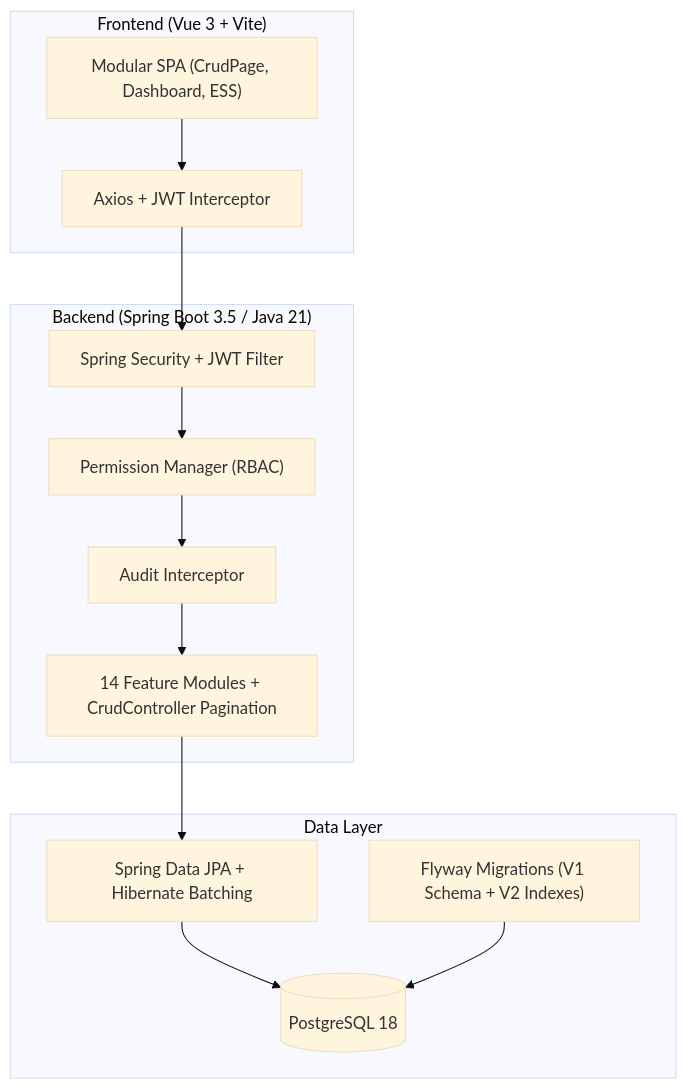
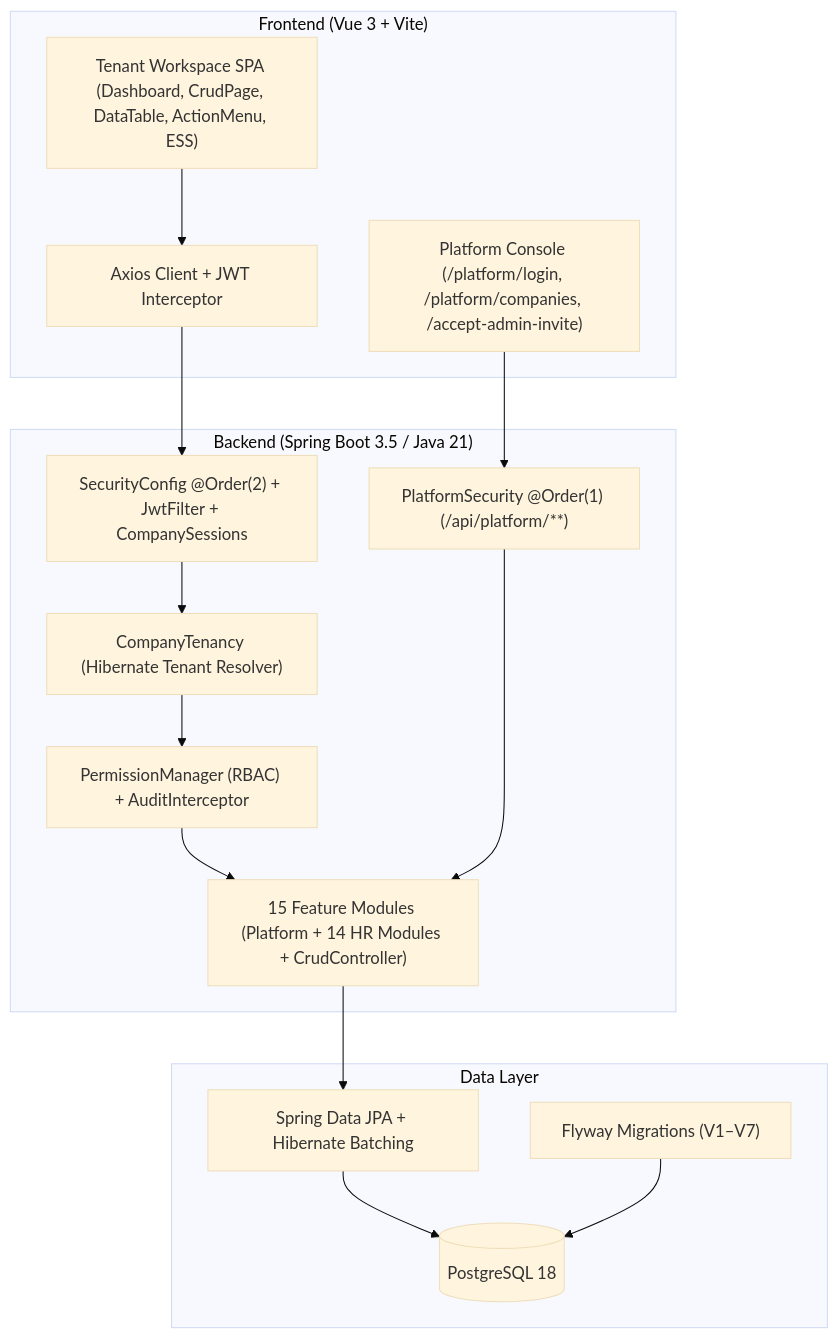
The diagram in README.md (Logavasu-A/HR), drawn with Mermaid (base theme) before and after one commit. The commit also changed other lines of this file and 255 other files, not shown here.

Commit message:
feat: initialize spring boot backend with core hrms modules and multi-tenancy support

````diff
--- a/README.md
+++ b/README.md
@@ -33,23 +39,26 @@
 ```mermaid
 flowchart TD
     subgraph Client ["Frontend (Vue 3 + Vite)"]
-        SPA["Modular SPA (CrudPage, Dashboard, ESS)"]
-        AX["Axios + JWT Interceptor"]
+        SPA["Tenant Workspace SPA (Dashboard, CrudPage, DataTable, ActionMenu, ESS)"]
+        PLAT_UI["Platform Console (/platform/login, /platform/companies, /accept-admin-invite)"]
+        AX["Axios Client + JWT Interceptor"]
     end
 
     subgraph Server ["Backend (Spring Boot 3.5 / Java 21)"]
-        SEC["Spring Security + JWT Filter"]
-        RBAC["Permission Manager (RBAC)"]
-        AUD["Audit Interceptor"]
-        MOD["14 Feature Modules + CrudController Pagination"]
+        PSEC["PlatformSecurity @Order(1) (/api/platform/**)"]
+        TSEC["SecurityConfig @Order(2) + JwtFilter + CompanySessions"]
+        TEN["CompanyTenancy (Hibernate Tenant Resolver)"]
+        RBAC["PermissionManager (RBAC) + AuditInterceptor"]
+        MOD["15 Feature Modules (Platform + 14 HR Modules + CrudController)"]
     end
 
     subgraph DB ["Data Layer"]
-        FW["Flyway Migrations (V1 Schema + V2 Indexes)"]
+        FW["Flyway Migrations (V1–V7)"]
         JPA["Spring Data JPA + Hibernate Batching"]
         PG[("PostgreSQL 18")]
     end
 
-    SPA --> AX --> SEC --> RBAC --> AUD --> MOD --> JPA --> PG
+    SPA --> AX --> TSEC --> TEN --> RBAC --> MOD --> JPA --> PG
+    PLAT_UI --> PSEC --> MOD
     FW --> PG
 ```
````
